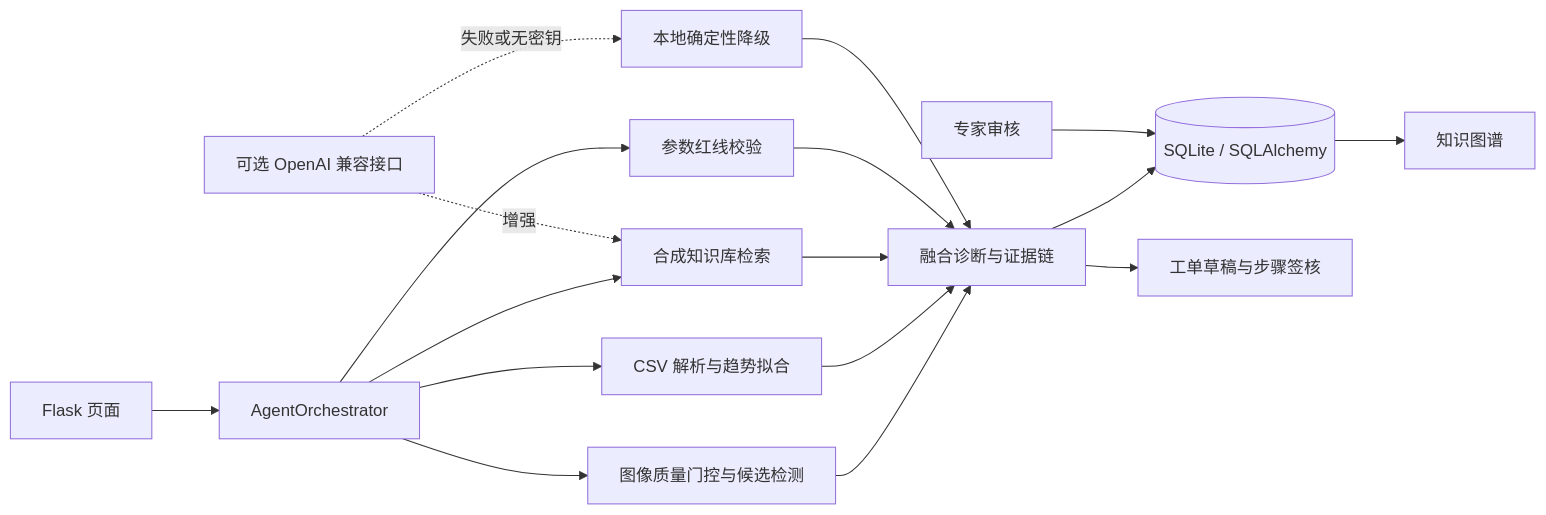
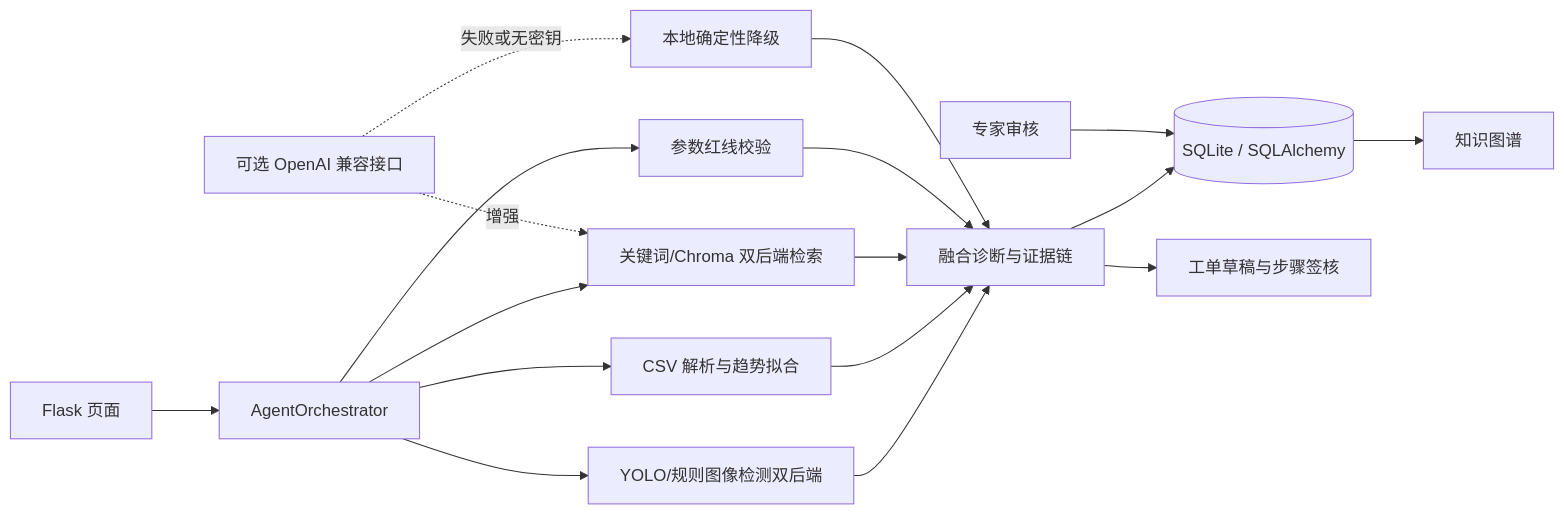
One commit to zyh-git-tech/zyh changed the diagram in docs/architecture.md. Above: the diagram before and after it, drawn with Mermaid. The commit also changed other lines of this file and 19 other files, not shown here.

````diff
--- a/docs/architecture.md
+++ b/docs/architecture.md
@@ -5,19 +5,19 @@
 ```mermaid
 flowchart LR
     UI[Flask 页面] --> Agent[AgentOrchestrator]
-    Agent --> Image[图像质量门控与候选检测]
+    Agent --> Image[YOLO/规则图像检测双后端]
     Agent --> Sensor[CSV 解析与趋势拟合]
-    Agent --> Retrieve[合成知识库检索]
+    Agent --> Retrieve[关键词/Chroma 双后端检索]
     Agent --> Rules[参数红线校验]
     Image --> Fusion[融合诊断与证据链]
     Sensor --> Fusion
     Retrieve --> Fusion
     Rules --> Fusion
     Fusion --> DB[(SQLite / SQLAlchemy)]
     Fusion --> WorkOrder[工单草稿与步骤签核]
     Audit[专家审核] --> DB
     DB --> Graph[知识图谱]
     LLM[可选 OpenAI 兼容接口] -.增强.-> Retrieve
     LLM -.失败或无密钥.-> Offline[本地确定性降级]
     Offline --> Fusion
 ```
````
